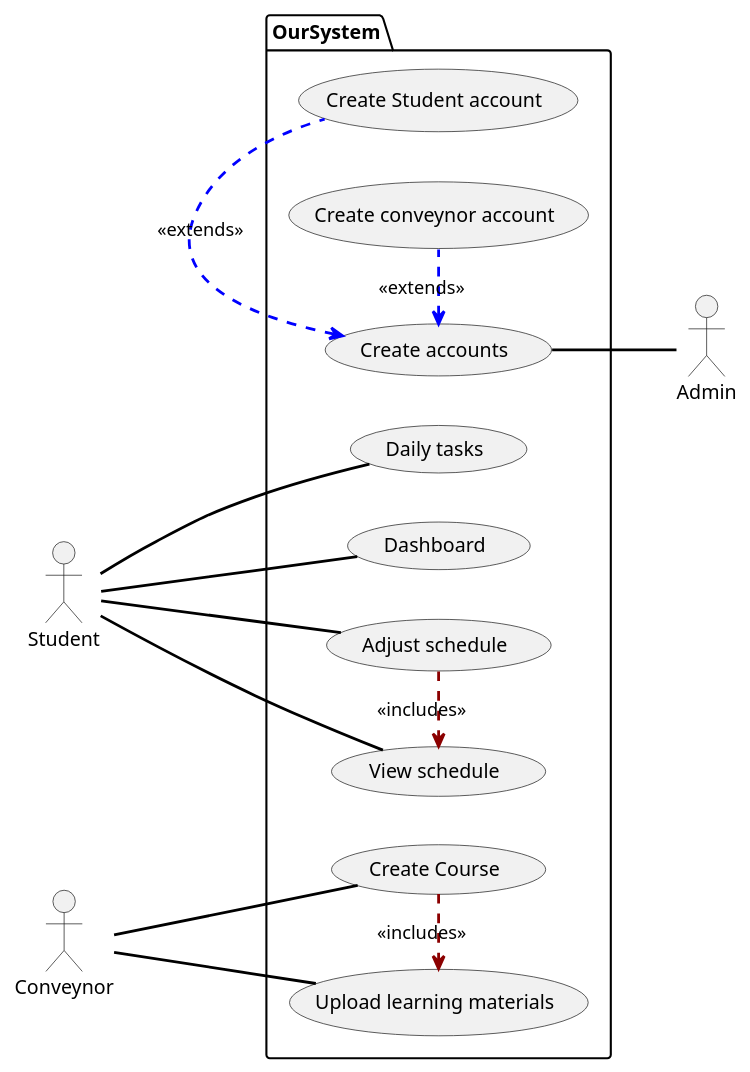
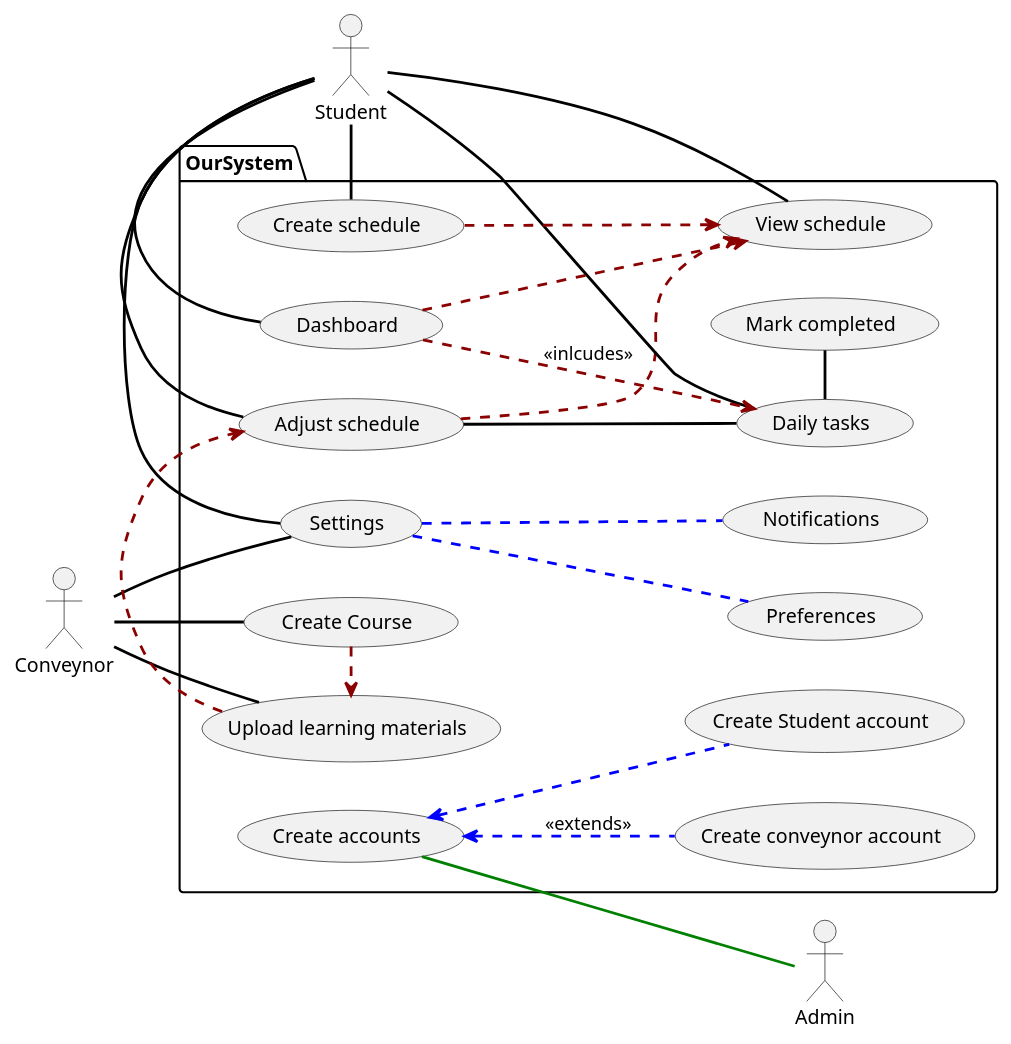
Before and after one commit to youssefsadquy/Study-Scheduler: the diagram in UML_Diagram.pu, drawn with PlantUML.

Commit message:
Add to use case diagram

```diff
--- a/UML_Diagram.pu
+++ b/UML_Diagram.pu
@@ -15,48 +15,70 @@
 @startuml Use_case
 left to right direction
 
 actor Student 
 actor Admin
 actor Conveynor
 
 skinparam ArrowThickness 2
-skinparam ArrowColor #black
+skinparam ArrowColor #Black
 
 package OurSystem {
     usecase "Create Course" as create_cse
 
     usecase "Create accounts" as create_acc
     usecase "Create Student account" as student_acc
-    create_acc <. student_acc #blue : << extends >>
+    create_acc <.. student_acc #blue
     usecase "Create conveynor account" as conveynor_acc
-    create_acc <. conveynor_acc #blue : << extends >>
+    create_acc <.. conveynor_acc #blue : << extends >>
+
+    usecase "Create schedule" as create_sched
 
     usecase "Upload learning materials" as upload_learning_materials
     usecase "Daily tasks" as todos
     usecase "View schedule" as view_sched
     usecase "Adjust schedule" as adjustment
     usecase "Dashboard" as dashboard
+    
+    usecase "Settings" as settings
+    usecase "Notifications" as s_notifications
+    usecase "Preferences" as s_prefs
+    usecase "Mark completed" as mark_complete
+
+    settings .. s_notifications #blue
+    settings .. s_prefs #blue
 
     /'
      ' Whenever adjustment use case happens, view schedule use case will happen
      ' as a subcase of the adjstment use case. 
      '/
-    adjustment .> view_sched #DarkRed : << includes >> 
+    adjustment ..> view_sched #DarkRed
 
-    create_acc -- Admin
+    create_acc -- Admin #Green
 
-    Student -- view_sched
-    Student -- todos
-    Student -- adjustment
-    Student -- dashboard
+    Student - view_sched
+    Student - todos
+    Student - adjustment
+    Student - dashboard
+    Student - create_sched
+    Student - settings
+
+    create_sched ..> view_sched #DarkRed
+
+    dashboard ..> view_sched #DarkRed
+    dashboard ..> todos #DarkRed: << inlcudes >>
+
+    todos -left- adjustment
+    todos - mark_complete
 
     Conveynor -- upload_learning_materials
     Conveynor -- create_cse
+    Conveynor -- settings
 
     /' 
      ' Whenever a course is created, learning materials should be uploaded.
      '/
-    create_cse .> upload_learning_materials #DarkRed : << includes >>
+    create_cse .> upload_learning_materials #DarkRed
+    upload_learning_materials .> adjustment #DarkRed
 }
 
 @enduml
```
